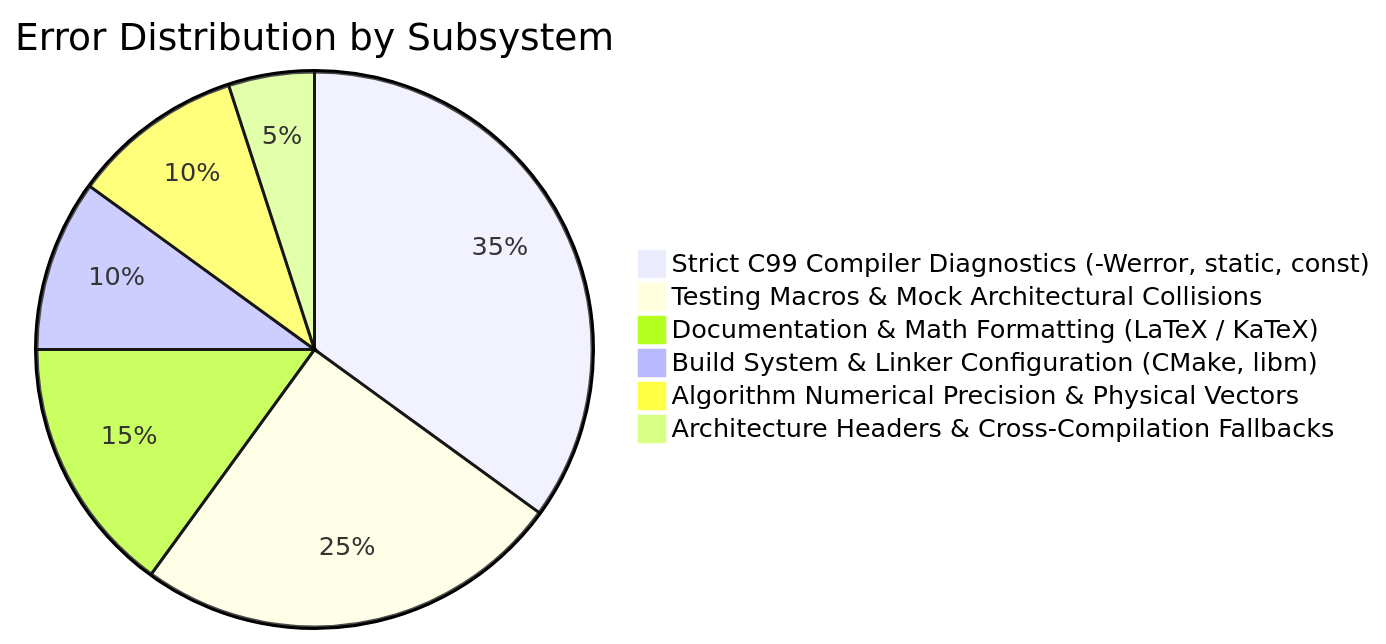
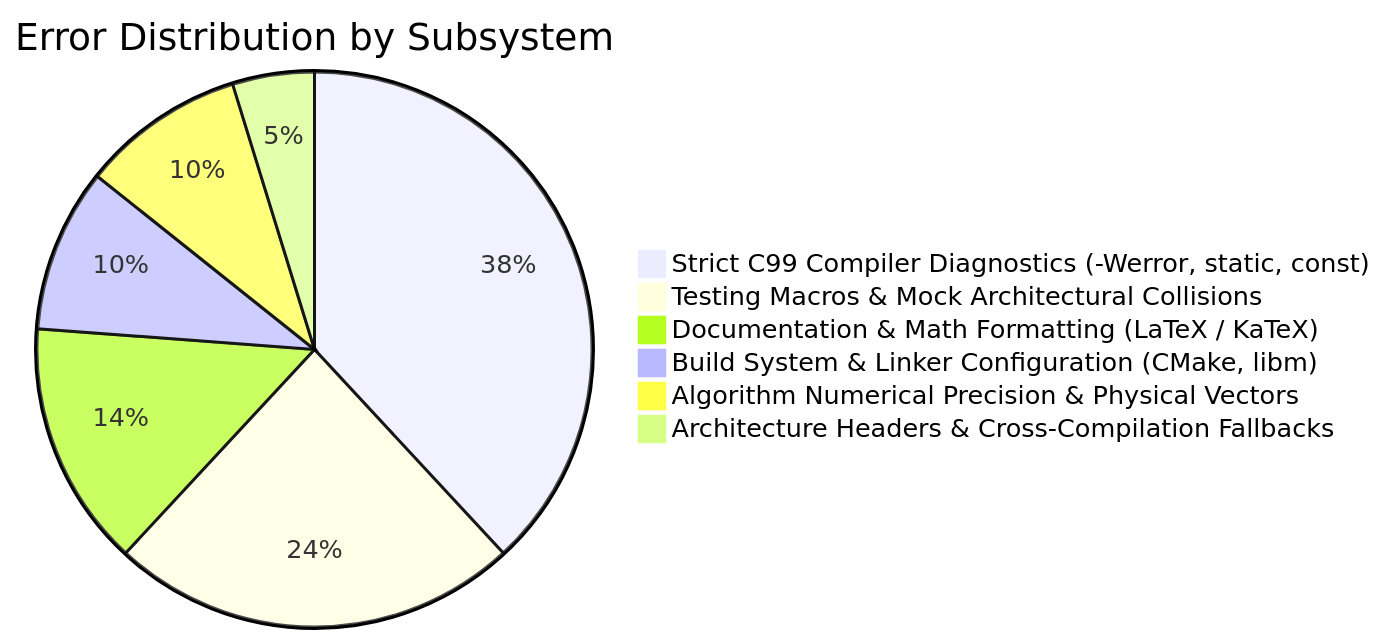
Before and after one commit to Thejus26/rain-predict: the diagram in context/errors/README.md, drawn with Mermaid. The commit also changed other lines of this file and 2 other files, not shown here.

Commit message:
fix(power): resolve ERR-021 close power_mgr_verify_leakage_state before endif

````diff
--- a/context/errors/README.md
+++ b/context/errors/README.md
@@ -36,9 +37,9 @@
 ```mermaid
 pie title Error Distribution by Subsystem
-    "Strict C99 Compiler Diagnostics (-Werror, static, const)" : 7
+    "Strict C99 Compiler Diagnostics (-Werror, static, const)" : 8
     "Testing Macros & Mock Architectural Collisions" : 5
     "Documentation & Math Formatting (LaTeX / KaTeX)" : 3
     "Build System & Linker Configuration (CMake, libm)" : 2
     "Algorithm Numerical Precision & Physical Vectors" : 2
     "Architecture Headers & Cross-Compilation Fallbacks" : 1
 ```
````
